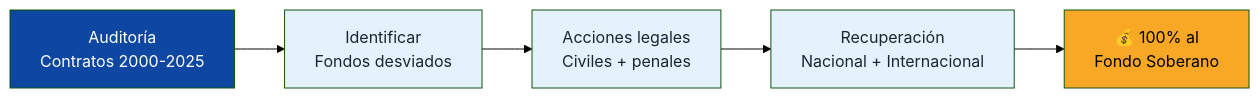
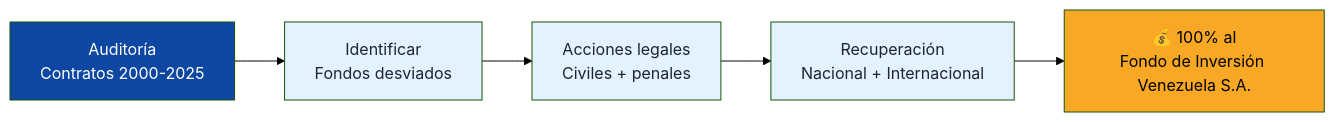
Diagram 13 of 15 in docs/04-gobernanza/modelo-estado.md (Venezuela-S-A/venezuela-sa), drawn with Mermaid (forest theme) before and after one commit. The commit also changed other lines of this file and 33 other files, not shown here.

First line of the commit message:
refactor: rename 'fondo soberano' to 'Fondo de Inversión Venezuela S.A.'

````diff
--- a/docs/04-gobernanza/modelo-estado.md
+++ b/docs/04-gobernanza/modelo-estado.md
@@ -758,12 +758,12 @@
 ```mermaid
 flowchart LR
     A["Auditoría<br/>Contratos 2000-2025"] --> B["Identificar<br/>Fondos desviados"]
     B --> C["Acciones legales<br/>Civiles + penales"]
     C --> D["Recuperación<br/>Nacional + Internacional"]
-    D --> E["💰 100% al<br/>Fondo Soberano"]
+    D --> E["💰 100% al<br/>Fondo de Inversión Venezuela S.A."]
     style A fill:#0D47A1,color:#fff
     style B fill:#E3F2FD,color:#1B2631
     style C fill:#E3F2FD,color:#1B2631
     style D fill:#E3F2FD,color:#1B2631
     style E fill:#F9A825,color:#000
 ```
````
